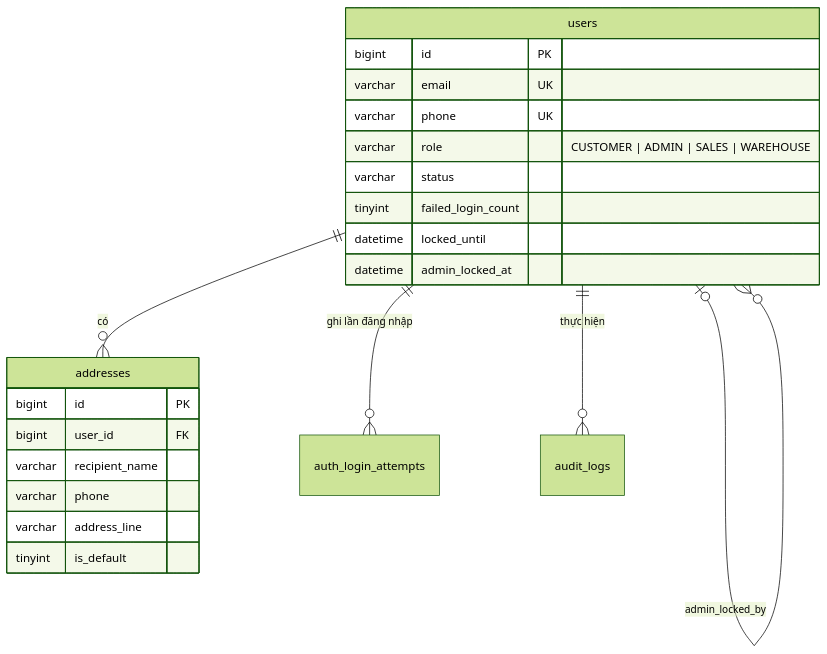
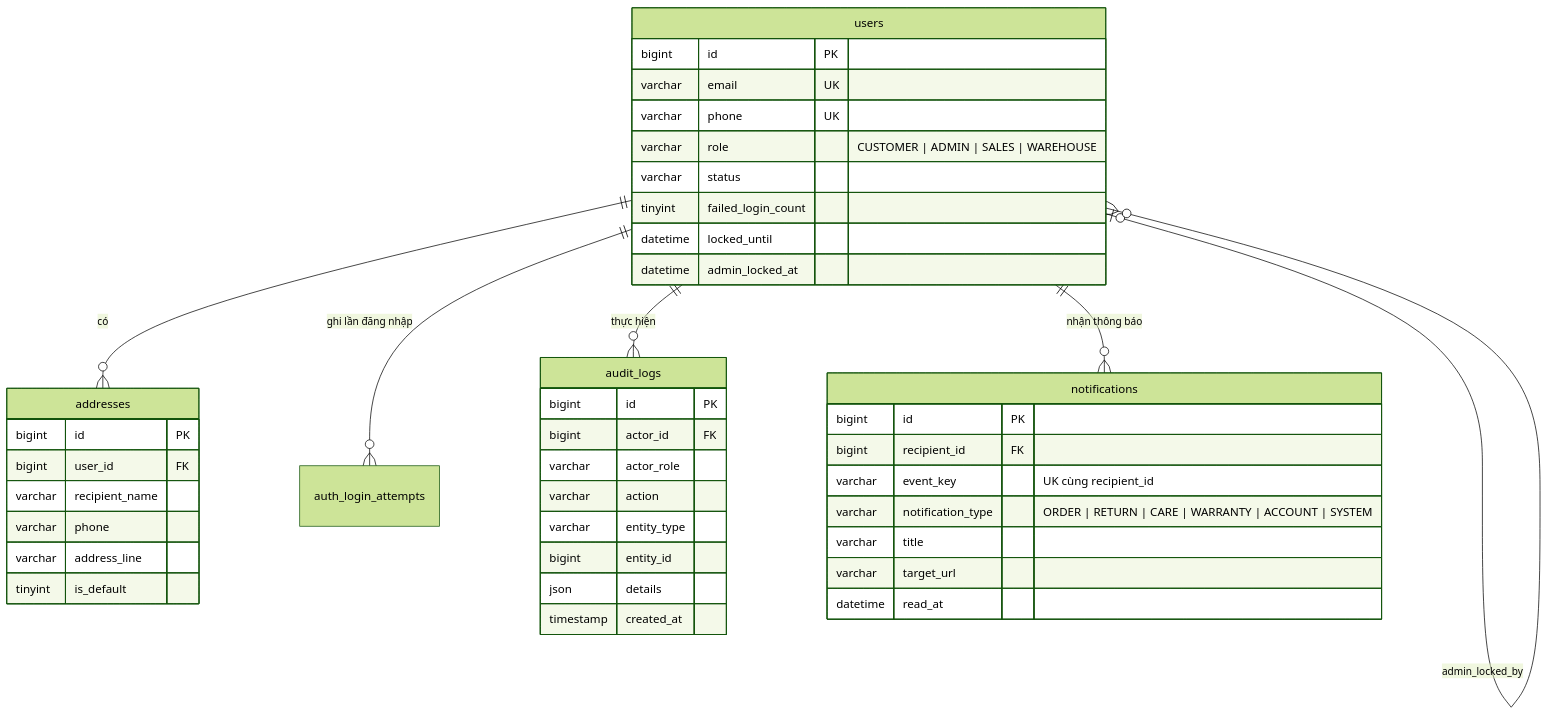
The first of 5 diagrams in docs/database/ERD.md (Yuu2006/IS207.R12-Website-ban-do-gia-dung), drawn with Mermaid (forest theme) before and after one commit. The commit also changed other lines of this file and 2 other files, not shown here.

Commit message:
docs(notifications-audit): update API contract, ERD, and requirement mapping

````diff
--- a/docs/database/ERD.md
+++ b/docs/database/ERD.md
@@ -9,25 +9,45 @@
 ```mermaid
 erDiagram
     users ||--o{ addresses : "có"
     users ||--o{ auth_login_attempts : "ghi lần đăng nhập"
     users ||--o{ audit_logs : "thực hiện"
+    users ||--o{ notifications : "nhận thông báo"
     users |o--o{ users : "admin_locked_by"
     users {
         bigint id PK
         varchar email UK
         varchar phone UK
         varchar role "CUSTOMER | ADMIN | SALES | WAREHOUSE"
         varchar status
         tinyint failed_login_count
         datetime locked_until
         datetime admin_locked_at
     }
     addresses {
         bigint id PK
         bigint user_id FK
         varchar recipient_name
         varchar phone
         varchar address_line
         tinyint is_default
     }
+    notifications {
+        bigint id PK
+        bigint recipient_id FK
+        varchar event_key "UK cùng recipient_id"
+        varchar notification_type "ORDER | RETURN | CARE | WARRANTY | ACCOUNT | SYSTEM"
+        varchar title
+        varchar target_url
+        datetime read_at
+    }
+    audit_logs {
+        bigint id PK
+        bigint actor_id FK
+        varchar actor_role
+        varchar action
+        varchar entity_type
+        bigint entity_id
+        json details
+        timestamp created_at
+    }
 ```
````
